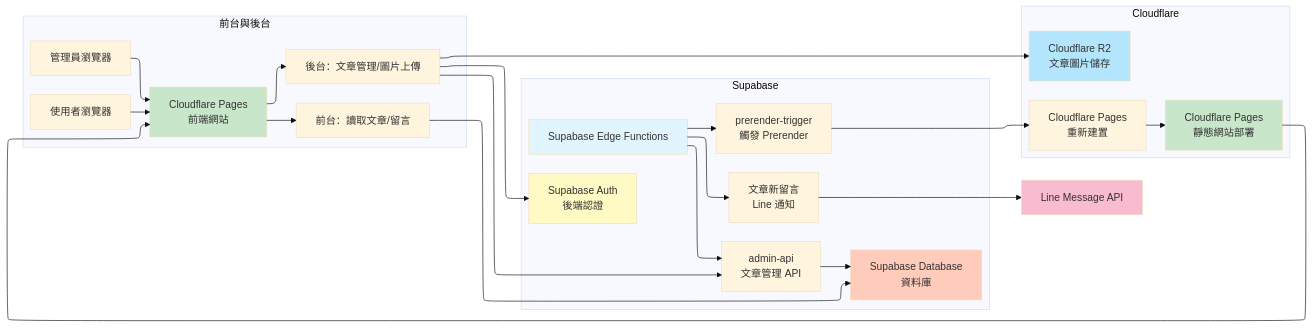
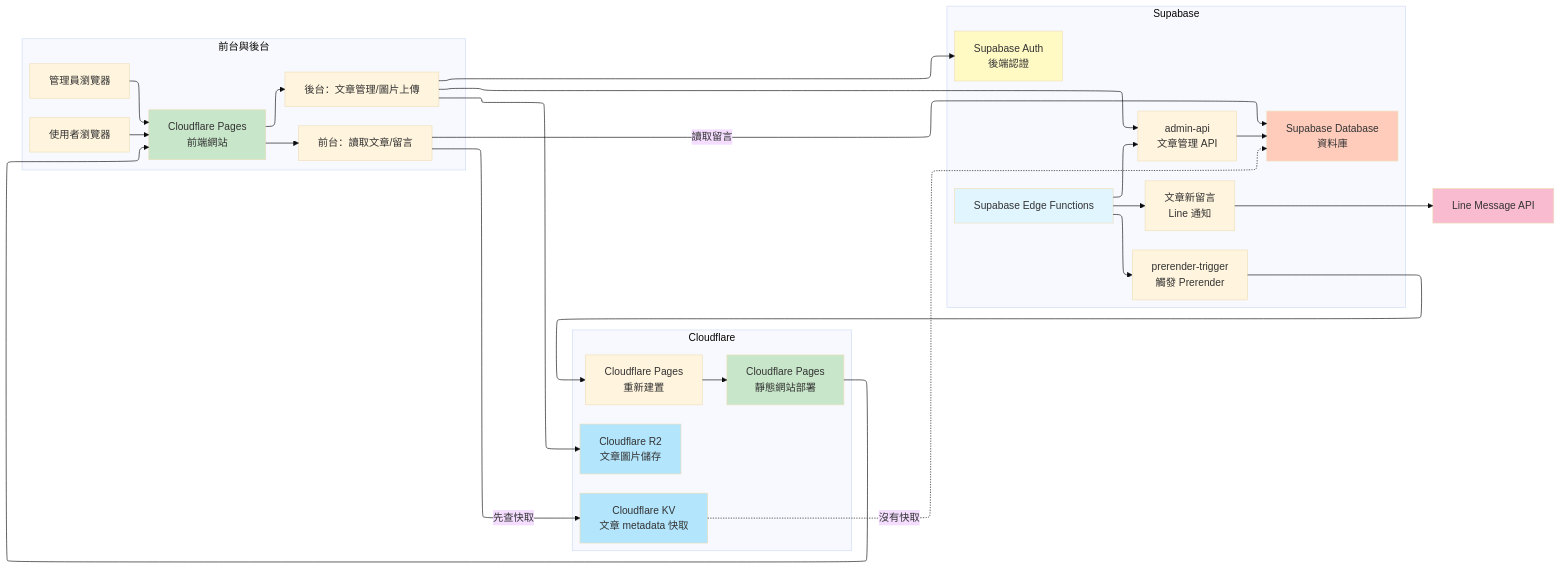
The diagram in README.md (Alan-Cheng/alan-cheng-website), drawn with Mermaid (base theme) before and after one commit. The commit also changed other lines of this file, not shown here.

````diff
--- a/README.md
+++ b/README.md
@@ -17,46 +17,50 @@
 ```mermaid
 ---
 config:
   layout: elk
 ---
 flowchart LR
  subgraph s1["前台與後台"]
         B["Cloudflare Pages<br>前端網站"]
         A["使用者瀏覽器"]
         D["管理員瀏覽器"]
         C1["前台：讀取文章/留言"]
         C2["後台：文章管理/圖片上傳"]
   end
  subgraph Supabase["Supabase"]
         E["Supabase Auth<br>後端認證"]
         F["Supabase Database<br>資料庫"]
         G["Supabase Edge Functions"]
         H["admin-api<br>文章管理 API"]
         I["prerender-trigger<br>觸發 Prerender"]
         J["文章新留言<br>Line 通知"]
   end
  subgraph Cloudflare["Cloudflare"]
         K["Cloudflare Pages<br>靜態網站部署"]
         L["Cloudflare R2<br>文章圖片儲存"]
         M["Cloudflare Pages<br>重新建置"]
+        O["Cloudflare KV<br>文章 metadata 快取"]
   end
     A --> B
     D --> B
     B --> C1 & C2
     G --> H & I & J
-    C1 --> F
+    C1 -->|先查快取| O
+    O -.->|沒有快取| F
+    C1 -->|讀取留言| F
     C2 --> E & H & L
     H --> F
     I --> M
     J --> N["Line Message API"]
     M --> K
     K --> B
 
     style B fill:#c8e6c9
     style E fill:#fff9c4
     style F fill:#ffccbc
     style G fill:#e1f5ff
     style K fill:#c8e6c9
     style L fill:#b3e5fc
     style N fill:#f8bbd0
+    style O fill:#b3e5fc
 ```
````
